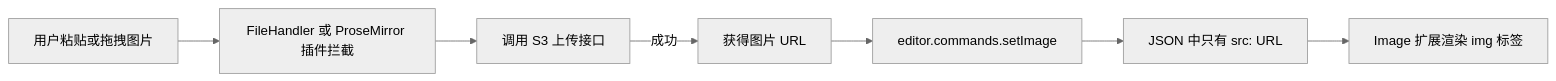
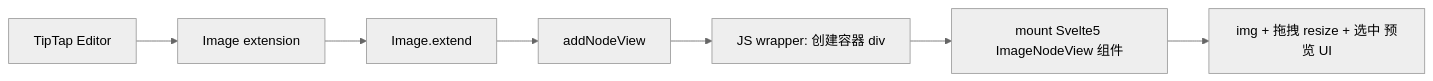
Before and after one commit to sphinxme/traceable: the diagram in 思路及示例.md, drawn with Mermaid (neutral theme). The commit also changed other lines of this file and 9 other files, not shown here.

Commit message:
feat: support image upload and resize

````diff
--- a/思路及示例.md
+++ b/思路及示例.md
@@ -8,9 +9,9 @@
 ```mermaid
 flowchart LR
-  A[用户粘贴或拖拽图片] --> B[FileHandler 或 ProseMirror 插件拦截]
-  B --> C[调用 S3 上传接口]
-  C -->|成功| D[获得图片 URL]
-  D --> E[editor.commands.setImage]
-  E --> F[JSON 中只有 src: URL]
-  F --> G[Image 扩展渲染 img 标签]
+  A[TipTap Editor] --> B[Image extension]
+  B --> C[Image.extend]
+  C --> D[addNodeView]
+  D --> E[JS wrapper: 创建容器 div]
+  E --> F[mount Svelte5 ImageNodeView 组件]
+  F --> G[img + 拖拽 resize + 选中 预览 UI]
 ```
````
